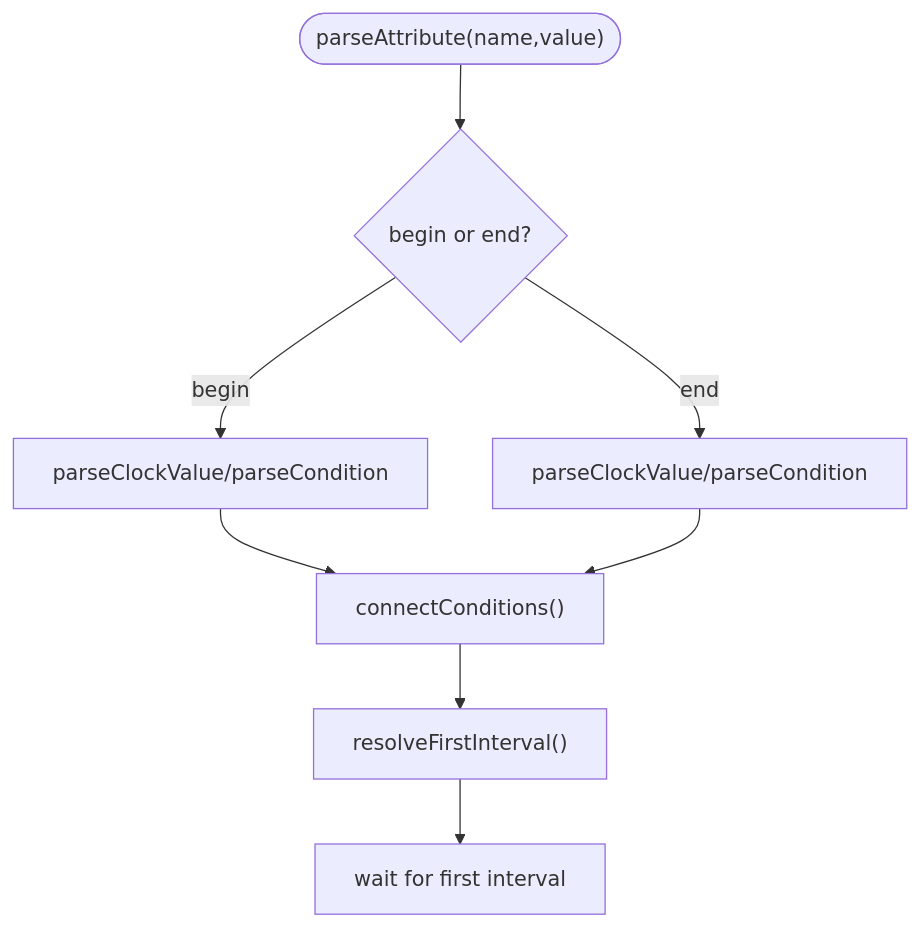
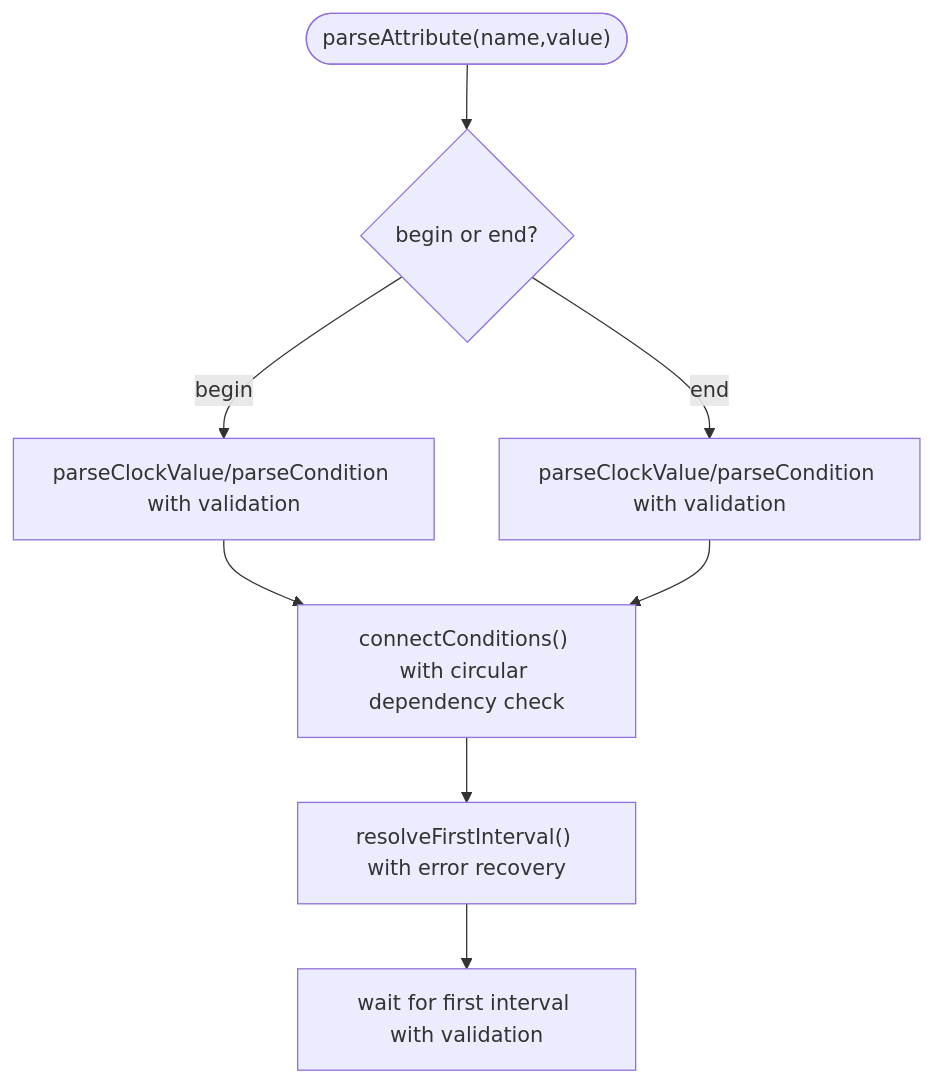
One commit to denisnadey/flutter_full_svg_support changed the fifth of 11 diagrams in .qoder/repowiki/en/content/Animated SVG Support/SMIL Animation Specification/SMIL Animation Specification.md. Above: the diagram before and after it, drawn with Mermaid. The commit also changed other lines of this file and 20 other files, not shown here.

````diff
--- a/.qoder/repowiki/en/content/Animated SVG Support/SMIL Animation Specification/SMIL Animation Specification.md
+++ b/.qoder/repowiki/en/content/Animated SVG Support/SMIL Animation Specification/SMIL Animation Specification.md
@@ -253,10 +317,10 @@
 ```mermaid
 flowchart TD
 PStart(["parseAttribute(name,value)"]) --> Check{"begin or end?"}
-Check --> |begin| ParseBegin["parseClockValue/parseCondition"]
-Check --> |end| ParseEnd["parseClockValue/parseCondition"]
-ParseBegin --> Connect["connectConditions()"]
+Check --> |begin| ParseBegin["parseClockValue/parseCondition with validation"]
+Check --> |end| ParseEnd["parseClockValue/parseCondition with validation"]
+ParseBegin --> Connect["connectConditions() with circular dependency check"]
 ParseEnd --> Connect
-Connect --> Resolve["resolveFirstInterval()"]
-Resolve --> Wait["wait for first interval"]
+Connect --> Resolve["resolveFirstInterval() with error recovery"]
+Resolve --> Wait["wait for first interval with validation"]
 ```
````
